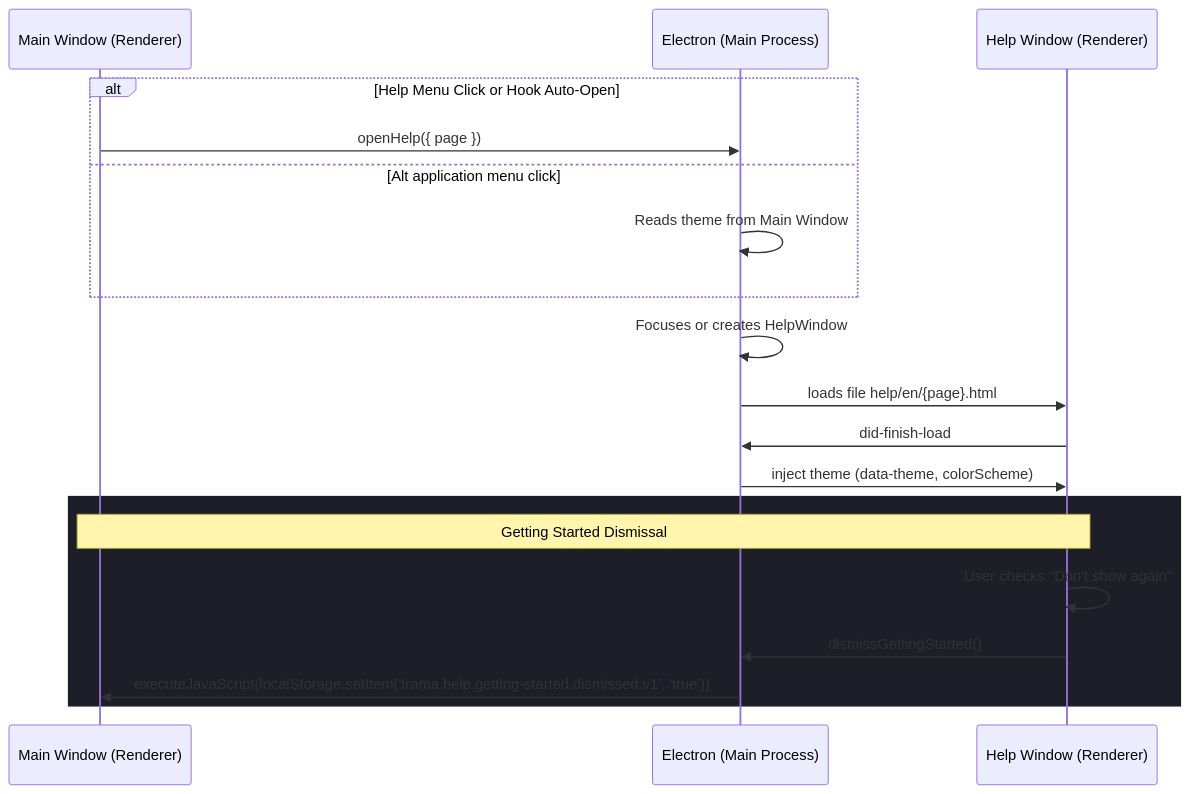
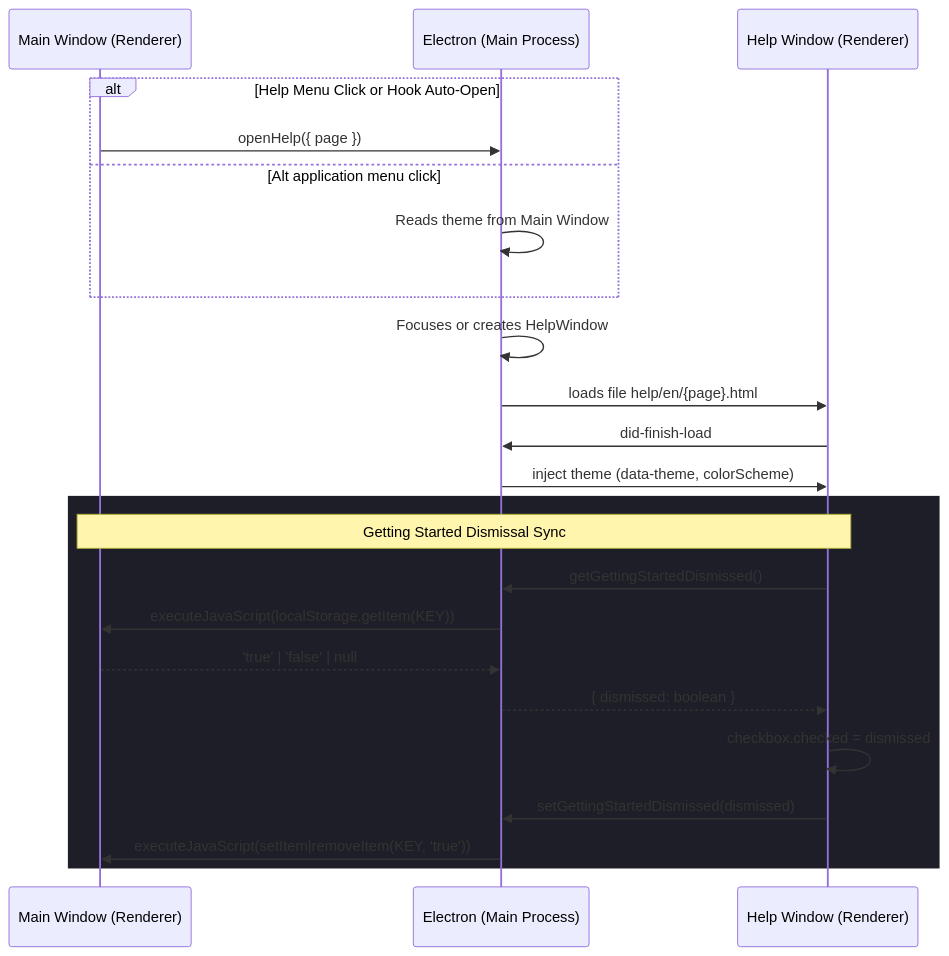
The diagram in docs/architecture/help-window-architecture.md (luisoncpp/Trama), drawn with Mermaid before and after one commit. The commit also changed other lines of this file and 15 other files, not shown here.

Commit message:
Getting started checkbox saving.

````diff
--- a/docs/architecture/help-window-architecture.md
+++ b/docs/architecture/help-window-architecture.md
@@ -15,23 +15,27 @@
 ```mermaid
 sequenceDiagram
     participant MainRenderer as Main Window (Renderer)
     participant ElectronMain as Electron (Main Process)
     participant HelpWindow as Help Window (Renderer)
 
     alt Help Menu Click or Hook Auto-Open
         MainRenderer->>ElectronMain: openHelp({ page })
     else Alt application menu click
         ElectronMain->>ElectronMain: Reads theme from Main Window
     end
     ElectronMain->>ElectronMain: Focuses or creates HelpWindow
     ElectronMain->>HelpWindow: loads file help/en/{page}.html
     HelpWindow->>ElectronMain: did-finish-load
     ElectronMain->>HelpWindow: inject theme (data-theme, colorScheme)
 
     rect rgb(30, 30, 40)
-        Note over HelpWindow,MainRenderer: Getting Started Dismissal
-        HelpWindow->>HelpWindow: User checks "Don't show again"
-        HelpWindow->>ElectronMain: dismissGettingStarted()
-        ElectronMain->>MainRenderer: executeJavaScript(localStorage.setItem('trama.help.getting-started.dismissed.v1', 'true'))
+        Note over HelpWindow,MainRenderer: Getting Started Dismissal Sync
+        HelpWindow->>ElectronMain: getGettingStartedDismissed()
+        ElectronMain->>MainRenderer: executeJavaScript(localStorage.getItem(KEY))
+        MainRenderer-->>ElectronMain: 'true' | 'false' | null
+        ElectronMain-->>HelpWindow: { dismissed: boolean }
+        HelpWindow->>HelpWindow: checkbox.checked = dismissed
+        HelpWindow->>ElectronMain: setGettingStartedDismissed(dismissed)
+        ElectronMain->>MainRenderer: executeJavaScript(setItem|removeItem(KEY, 'true'))
     end
 ```
````
